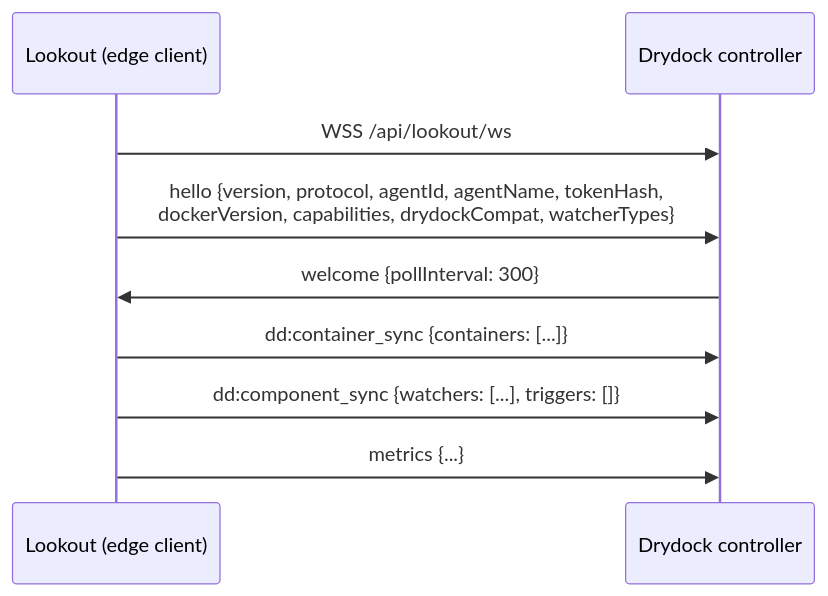
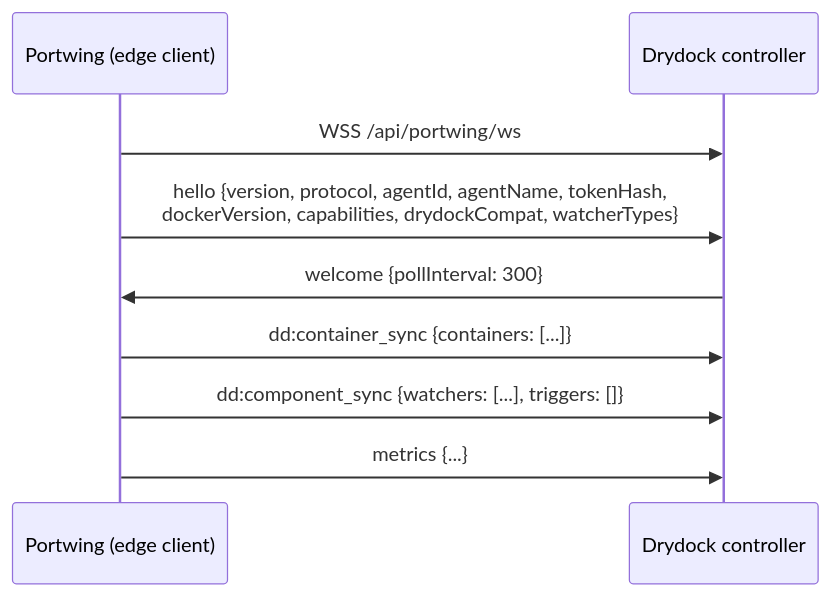
Before and after one commit to CodesWhat/portwing: the third of 3 diagrams in docs/drydock-integration.md, drawn with Mermaid. The commit also changed other lines of this file and 125 other files, not shown here.

````diff
--- a/docs/drydock-integration.md
+++ b/docs/drydock-integration.md
@@ -75,11 +75,11 @@
 ```mermaid
 sequenceDiagram
-    participant L as Lookout (edge client)
+    participant L as Portwing (edge client)
     participant D as Drydock controller
-    L->>D: WSS /api/lookout/ws
+    L->>D: WSS /api/portwing/ws
     L->>D: hello {version, protocol, agentId, agentName, tokenHash,<br/>dockerVersion, capabilities, drydockCompat, watcherTypes}
     D->>L: welcome {pollInterval: 300}
     L->>D: dd:container_sync {containers: [...]}
     L->>D: dd:component_sync {watchers: [...], triggers: []}
     L->>D: metrics {...}
 ```
````
